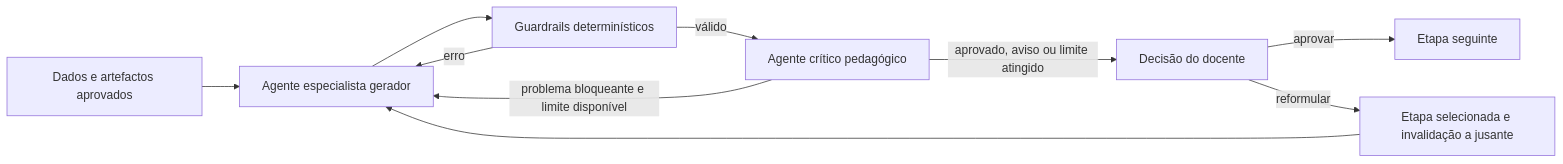
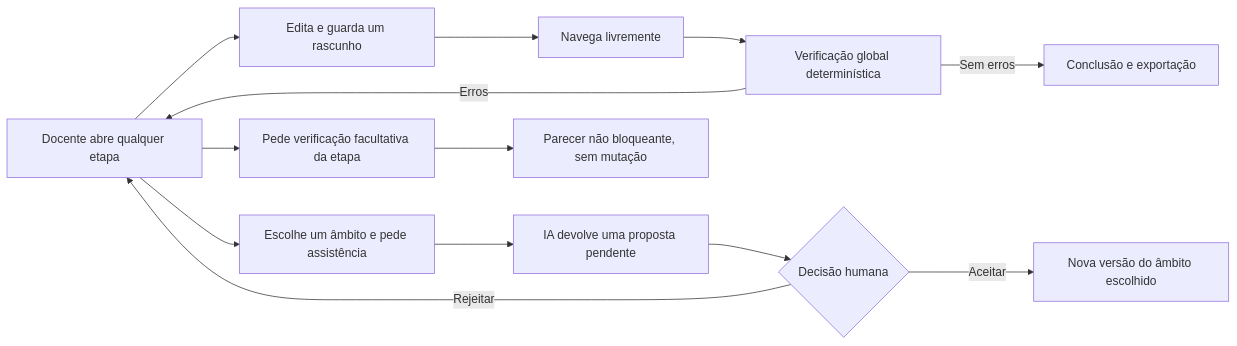
The diagram in ARQUITETURA_AGENTIC.md (IvoVargas/CoerIA), drawn with Mermaid before and after one commit. The commit also changed other lines of this file and 12 other files, not shown here.

````diff
--- a/ARQUITETURA_AGENTIC.md
+++ b/ARQUITETURA_AGENTIC.md
@@ -10,12 +11,15 @@
 ```mermaid
 flowchart LR
-    D["Dados e artefactos aprovados"] --> G["Agente especialista gerador"]
-    G --> V["Guardrails determinísticos"]
-    V -->|erro| G
-    V -->|válido| C["Agente crítico pedagógico"]
-    C -->|problema bloqueante e limite disponível| G
-    C -->|aprovado, aviso ou limite atingido| H["Decisão do docente"]
-    H -->|aprovar| N["Etapa seguinte"]
-    H -->|reformular| R["Etapa selecionada e invalidação a jusante"]
-    R --> G
+    D["Docente abre qualquer etapa"] --> M["Edita e guarda um rascunho"]
+    M --> N["Navega livremente"]
+    D --> A["Escolhe um âmbito e pede assistência"]
+    A --> P["IA devolve uma proposta pendente"]
+    P --> C{"Decisão humana"}
+    C -->|Aceitar| V["Nova versão do âmbito escolhido"]
+    C -->|Rejeitar| D
+    D --> R["Pede verificação facultativa da etapa"]
+    R --> O["Parecer não bloqueante, sem mutação"]
+    N --> F["Verificação global determinística"]
+    F -->|Erros| D
+    F -->|Sem erros| X["Conclusão e exportação"]
 ```
````
